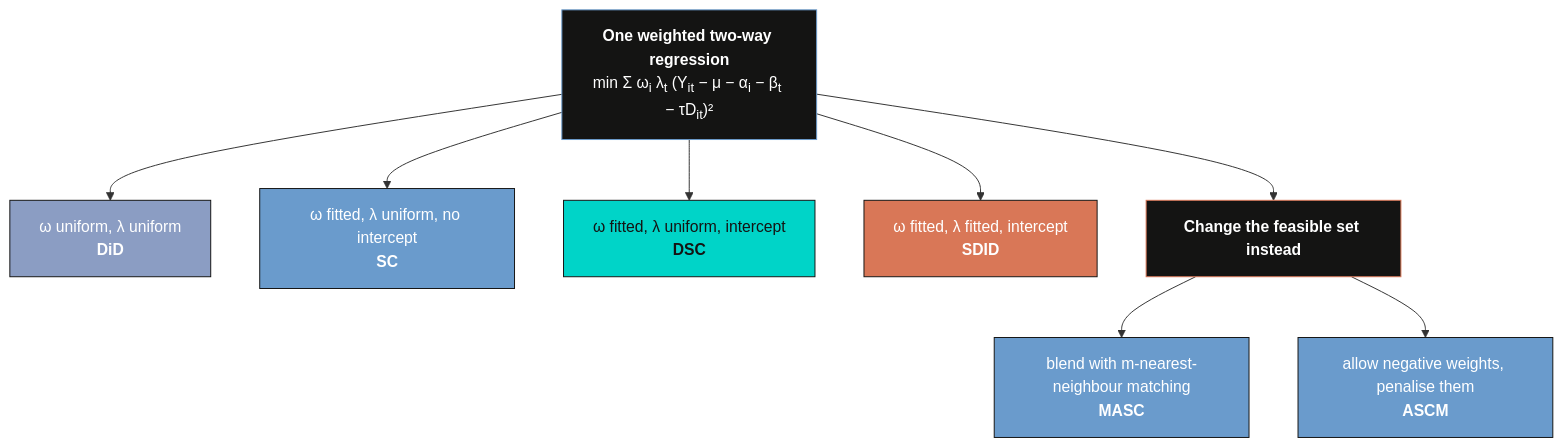
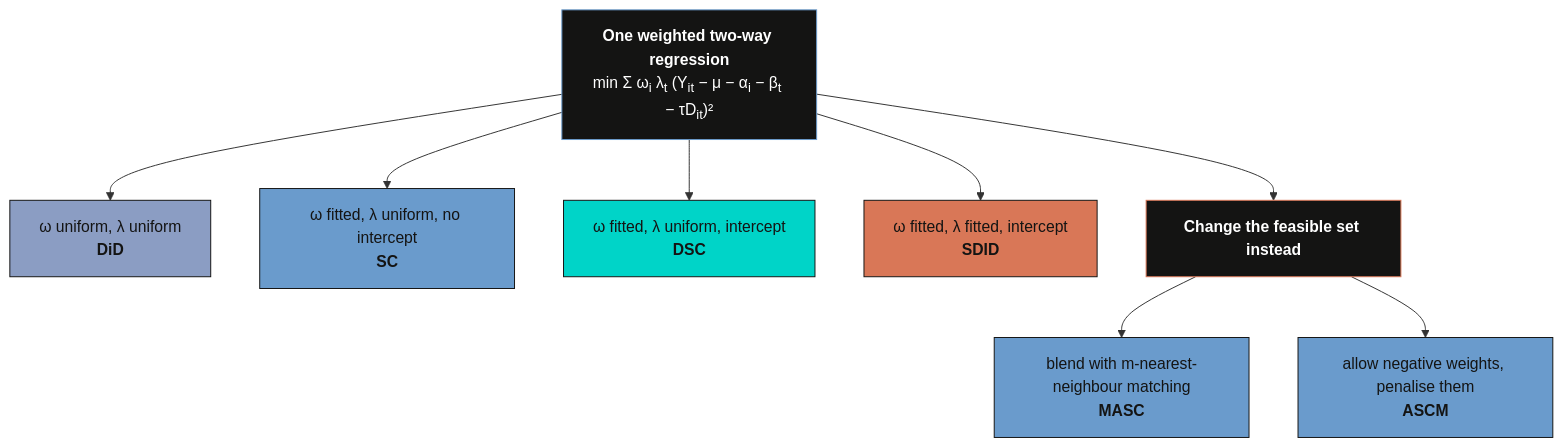
Before and after one commit to cmg777/starter-academic-v501: the second of 3 diagrams in content/post/python_sc_dsc_sdid/index.md, drawn with Mermaid. The commit also changed other lines of this file and 67 other files, not shown here.

First line of the commit message:
fix(mermaid): readable diagram text in both themes across the site

````diff
--- a/content/post/python_sc_dsc_sdid/index.md
+++ b/content/post/python_sc_dsc_sdid/index.md
@@ -629,19 +629,19 @@
 ```mermaid
 graph TD
     R["<b>One weighted two-way regression</b><br/>min Σ ω<sub>i</sub> λ<sub>t</sub> (Y<sub>it</sub> − μ − α<sub>i</sub> − β<sub>t</sub> − τD<sub>it</sub>)²"]
     R --> A["ω uniform, λ uniform<br/><b>DiD</b>"]
     R --> B["ω fitted, λ uniform, no intercept<br/><b>SC</b>"]
     R --> C["ω fitted, λ uniform, intercept<br/><b>DSC</b>"]
     R --> D["ω fitted, λ fitted, intercept<br/><b>SDID</b>"]
     R --> E["<b>Change the feasible set instead</b>"]
     E --> F["blend with m-nearest-neighbour matching<br/><b>MASC</b>"]
     E --> G["allow negative weights, penalise them<br/><b>ASCM</b>"]
     style R fill:#141413,stroke:#6a9bcc,color:#fff
-    style A fill:#8b9dc3,stroke:#141413,color:#fff
-    style B fill:#6a9bcc,stroke:#141413,color:#fff
+    style A fill:#8b9dc3,stroke:#141413,color:#141413
+    style B fill:#6a9bcc,stroke:#141413,color:#141413
     style C fill:#00d4c8,stroke:#141413,color:#141413
-    style D fill:#d97757,stroke:#141413,color:#fff
+    style D fill:#d97757,stroke:#141413,color:#141413
     style E fill:#141413,stroke:#d97757,color:#fff
-    style F fill:#6a9bcc,stroke:#141413,color:#fff
-    style G fill:#6a9bcc,stroke:#141413,color:#fff
+    style F fill:#6a9bcc,stroke:#141413,color:#141413
+    style G fill:#6a9bcc,stroke:#141413,color:#141413
 ```
````
